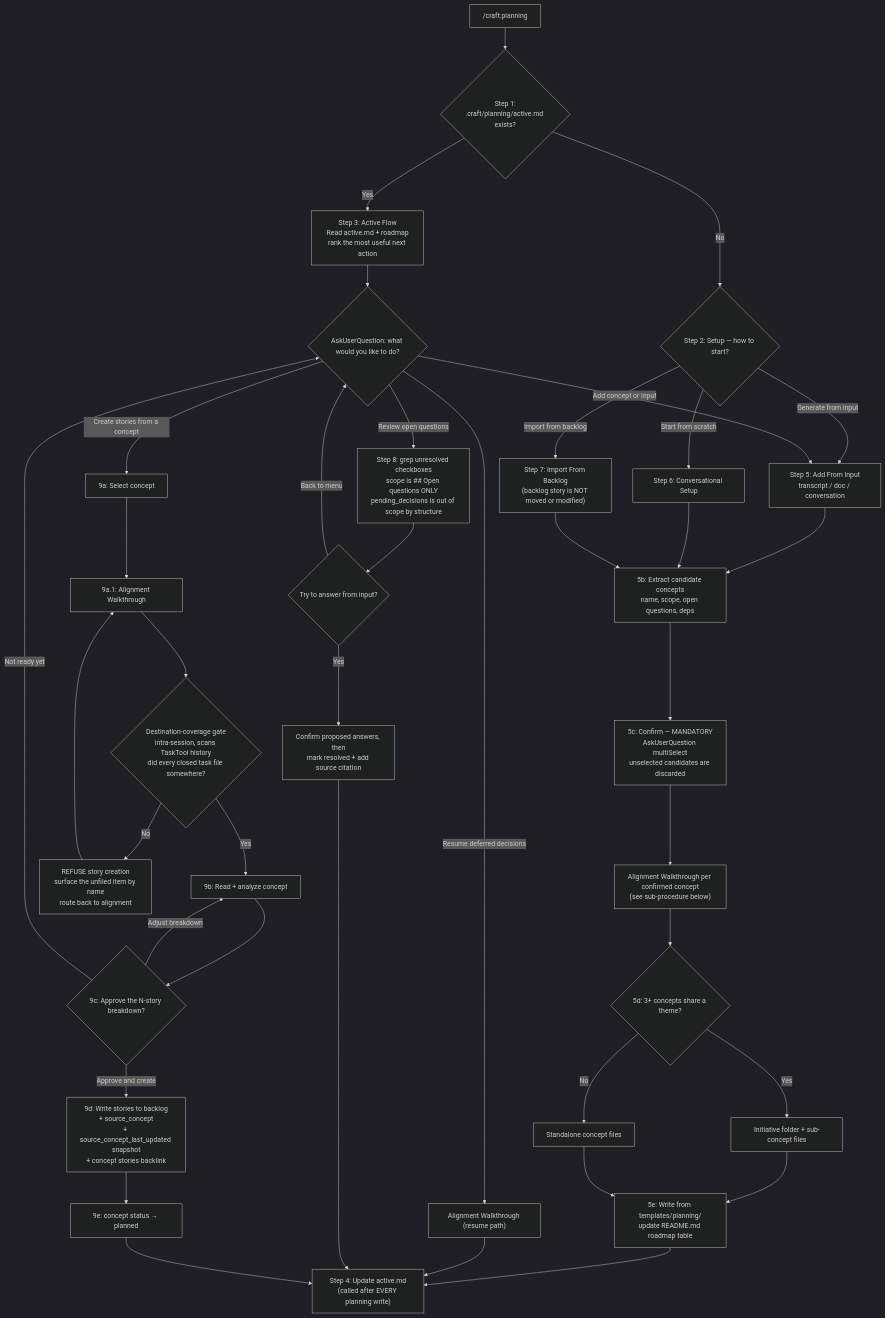
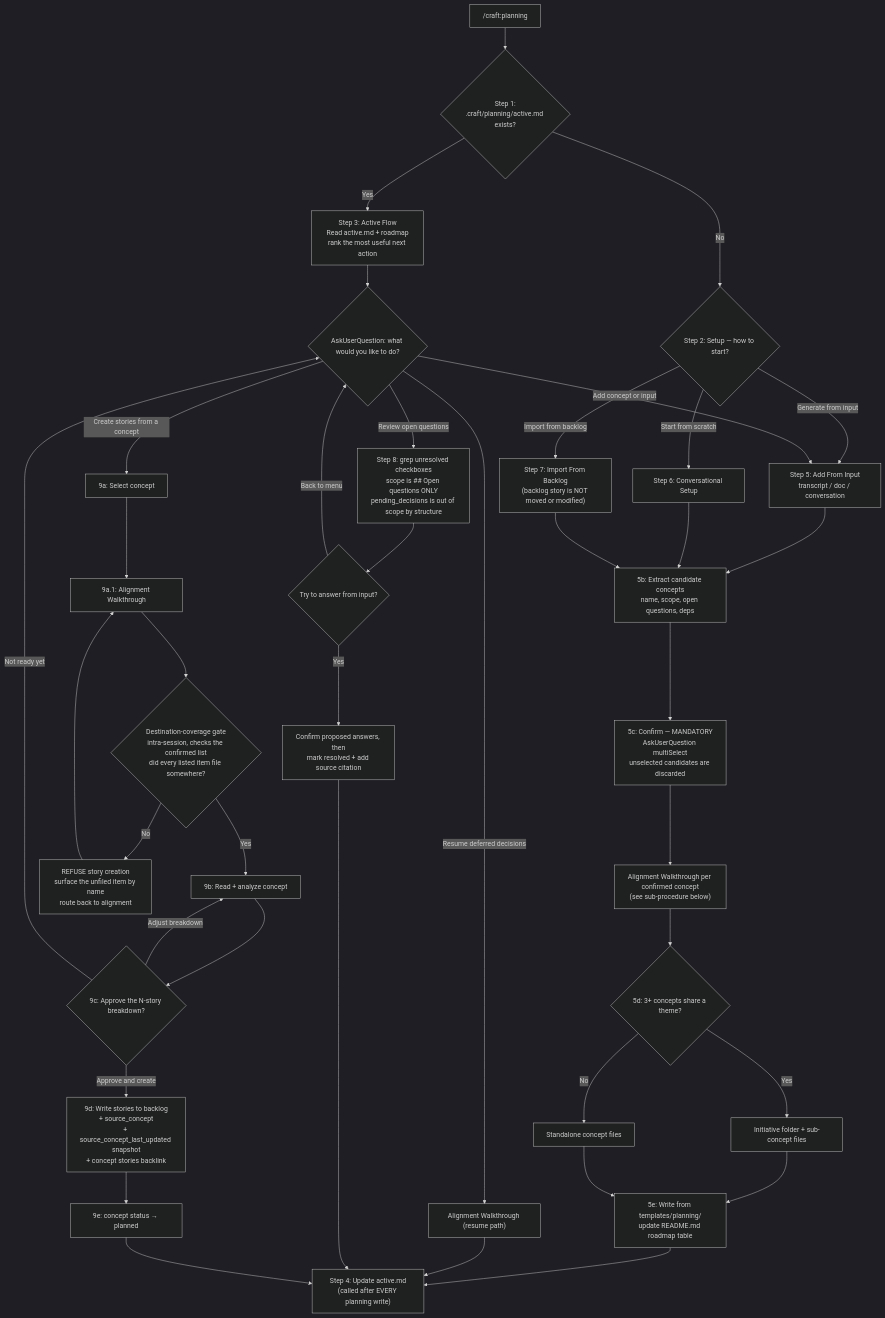
One commit to drobins25/craft changed diagram 12 of 16 in docs/decision-tree.md. Above: the diagram before and after it, drawn with Mermaid. The commit also changed other lines of this file and 16 other files, not shown here.

````diff
--- a/docs/decision-tree.md
+++ b/docs/decision-tree.md
@@ -587,49 +587,49 @@
 ```mermaid
 %%{init: {'theme': 'dark'}}%%
 flowchart TD
     PLANNING["/craft:planning"] --> EXISTS{"Step 1:<br/>.craft/planning/active.md exists?"}
 
     EXISTS -->|No| SETUP{"Step 2: Setup — how to start?"}
     SETUP -->|"Generate from input"| INPUT["Step 5: Add From Input<br/>transcript / doc / conversation"]
     SETUP -->|"Start from scratch"| CONVO["Step 6: Conversational Setup"]
     SETUP -->|"Import from backlog"| IMPORT["Step 7: Import From Backlog<br/>(backlog story is NOT moved or modified)"]
 
     INPUT --> EXTRACT["5b: Extract candidate concepts<br/>name, scope, open questions, deps"]
     CONVO --> EXTRACT
     IMPORT --> EXTRACT
     EXTRACT --> CONFIRM["5c: Confirm — MANDATORY<br/>AskUserQuestion multiSelect<br/>unselected candidates are discarded"]
 
     CONFIRM --> ALIGN_NEW["Alignment Walkthrough per confirmed concept<br/>(see sub-procedure below)"]
     ALIGN_NEW --> STRUCTURE{"5d: 3+ concepts share a theme?"}
     STRUCTURE -->|Yes| INITIATIVE["Initiative folder + sub-concept files"]
     STRUCTURE -->|No| STANDALONE["Standalone concept files"]
     INITIATIVE --> WRITE
     STANDALONE --> WRITE["5e: Write from templates/planning/<br/>update README.md roadmap table"]
     WRITE --> UPDATE["Step 4: Update active.md<br/>(called after EVERY planning write)"]
 
     EXISTS -->|Yes| ASSESS["Step 3: Active Flow<br/>Read active.md + roadmap<br/>rank the most useful next action"]
     ASSESS --> MENU{"AskUserQuestion: what would you like to do?"}
 
     MENU -->|"Resume deferred decisions"| ALIGN_RESUME["Alignment Walkthrough (resume path)"]
     MENU -->|"Add concept or input"| INPUT
     MENU -->|"Review open questions"| Q["Step 8: grep unresolved checkboxes<br/>scope is ## Open questions ONLY<br/>pending_decisions is out of scope by structure"]
     MENU -->|"Create stories from a concept"| PICK["9a: Select concept"]
 
     ALIGN_RESUME --> UPDATE
     Q --> Q_ACT{"Try to answer from input?"}
     Q_ACT -->|"Back to menu"| MENU
     Q_ACT -->|Yes| Q_RESOLVE["Confirm proposed answers, then<br/>mark resolved + add source citation"]
     Q_RESOLVE --> UPDATE
 
     PICK --> ALIGN_STORY["9a.1: Alignment Walkthrough"]
-    ALIGN_STORY --> DGATE{"Destination-coverage gate<br/>intra-session, scans TaskTool history<br/>did every closed task file somewhere?"}
+    ALIGN_STORY --> DGATE{"Destination-coverage gate<br/>intra-session, checks the confirmed list<br/>did every listed item file somewhere?"}
     DGATE -->|No| REFUSE["REFUSE story creation<br/>surface the unfiled item by name<br/>route back to alignment"]
     REFUSE --> ALIGN_STORY
     DGATE -->|Yes| ANALYZE["9b: Read + analyze concept"]
     ANALYZE --> PROPOSE{"9c: Approve the N-story breakdown?"}
     PROPOSE -->|"Adjust breakdown"| ANALYZE
     PROPOSE -->|"Not ready yet"| MENU
     PROPOSE -->|"Approve and create"| CREATE["9d: Write stories to backlog<br/>+ source_concept<br/>+ source_concept_last_updated snapshot<br/>+ concept stories backlink"]
     CREATE --> PLANNED["9e: concept status → planned"]
     PLANNED --> UPDATE
 ```
````
